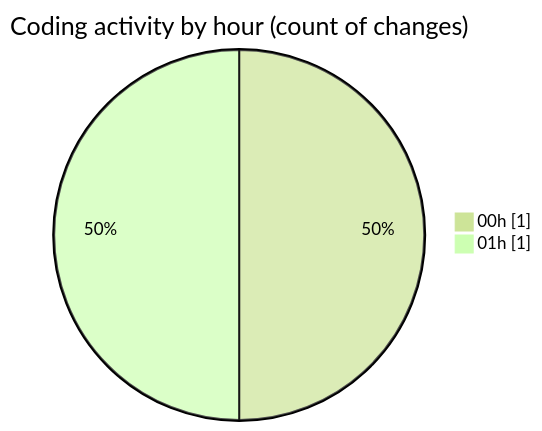
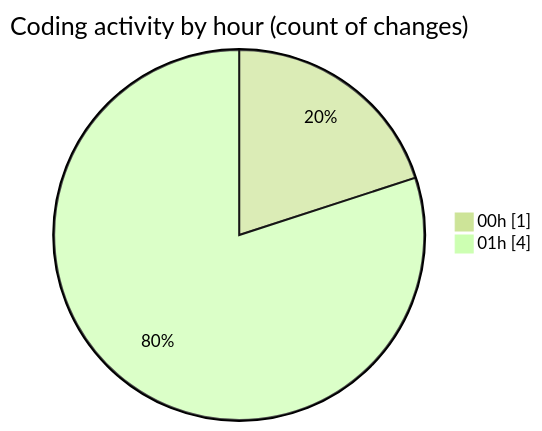
The second of 2 diagrams in 2025-08-15/_claude/README.md (EIIisD/code-tracking), drawn with Mermaid (forest theme) before and after one commit. The commit also changed other lines of this file and 1 other file, not shown here.

````diff
--- a/2025-08-15/_claude/README.md
+++ b/2025-08-15/_claude/README.md
@@ -30,6 +31,6 @@
 ```mermaid
 pie showData
 title Coding activity by hour (count of changes)
 "00h" : 1
-"01h" : 1
+"01h" : 4
 ```
````
